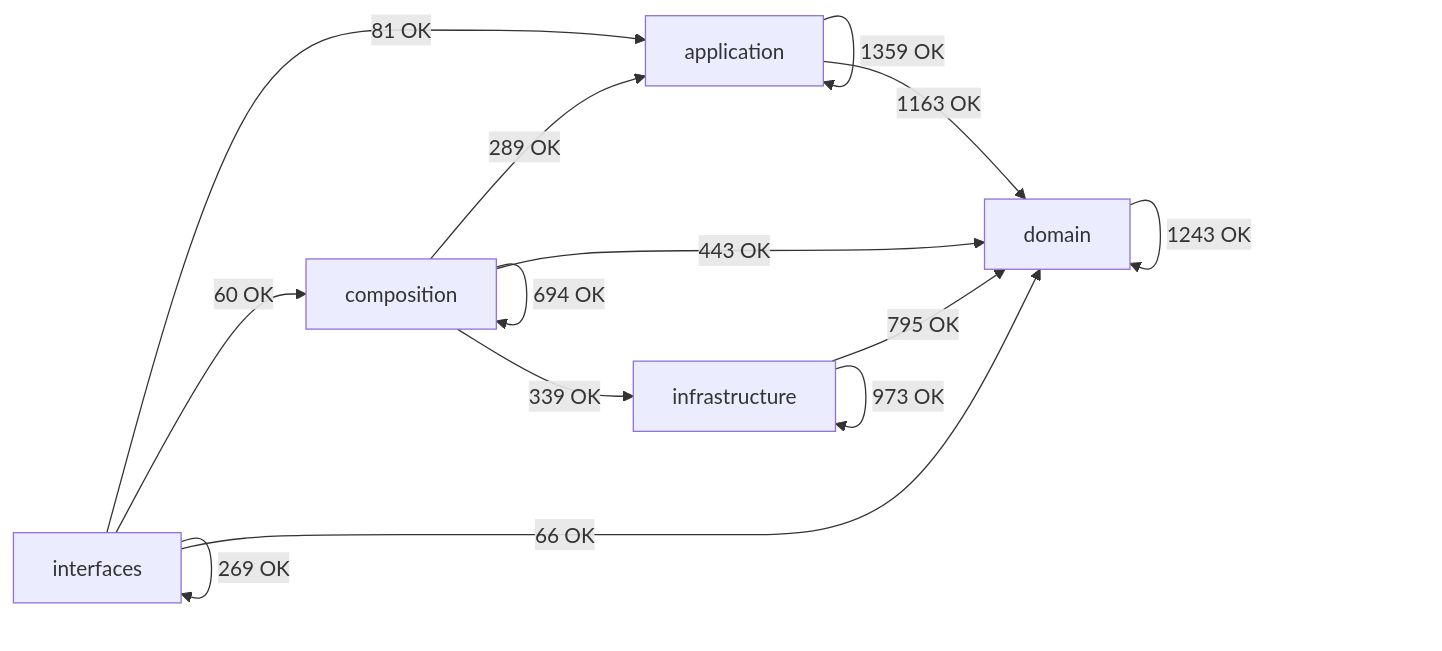
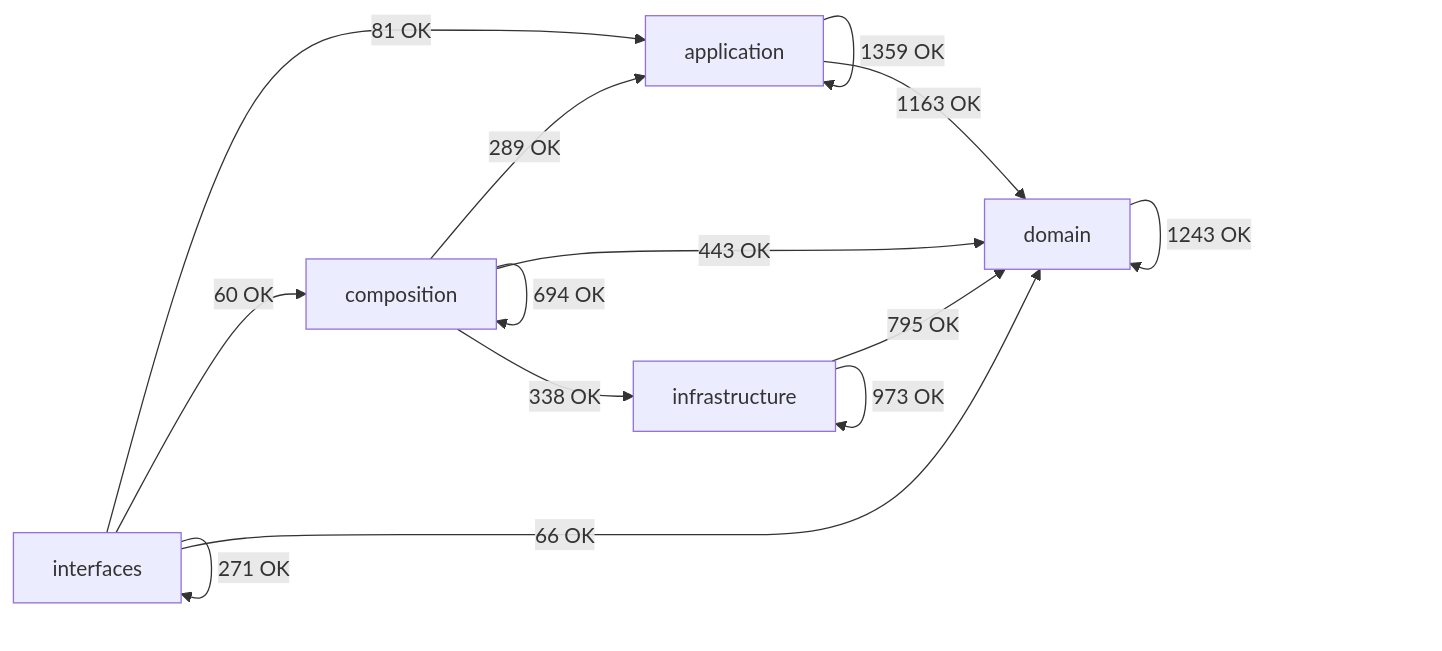
The diagram in docs/02-architecture/generated/module-dependency-map.md (SatoryKono/BioactivityDataAcquisition), drawn with Mermaid before and after one commit. The commit also changed other lines of this file and 20 other files, not shown here.

````diff
--- a/docs/02-architecture/generated/module-dependency-map.md
+++ b/docs/02-architecture/generated/module-dependency-map.md
@@ -17,21 +17,21 @@
 ```mermaid
 flowchart LR
     domain[domain]
     application[application]
     infrastructure[infrastructure]
     composition[composition]
     interfaces[interfaces]
     application -->|1359 OK| application
     application -->|1163 OK| domain
     composition -->|289 OK| application
     composition -->|694 OK| composition
     composition -->|443 OK| domain
-    composition -->|339 OK| infrastructure
+    composition -->|338 OK| infrastructure
     domain -->|1243 OK| domain
     infrastructure -->|795 OK| domain
     infrastructure -->|973 OK| infrastructure
     interfaces -->|81 OK| application
     interfaces -->|60 OK| composition
     interfaces -->|66 OK| domain
-    interfaces -->|269 OK| interfaces
+    interfaces -->|271 OK| interfaces
 ```
````
